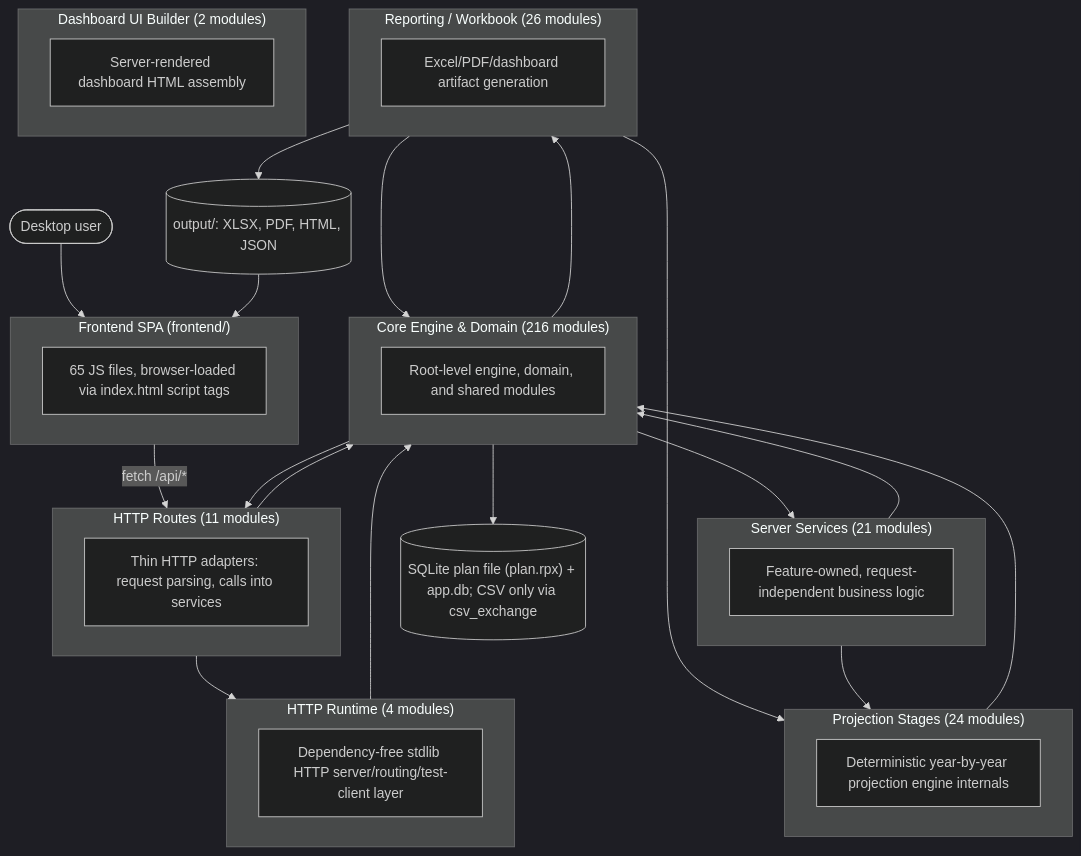
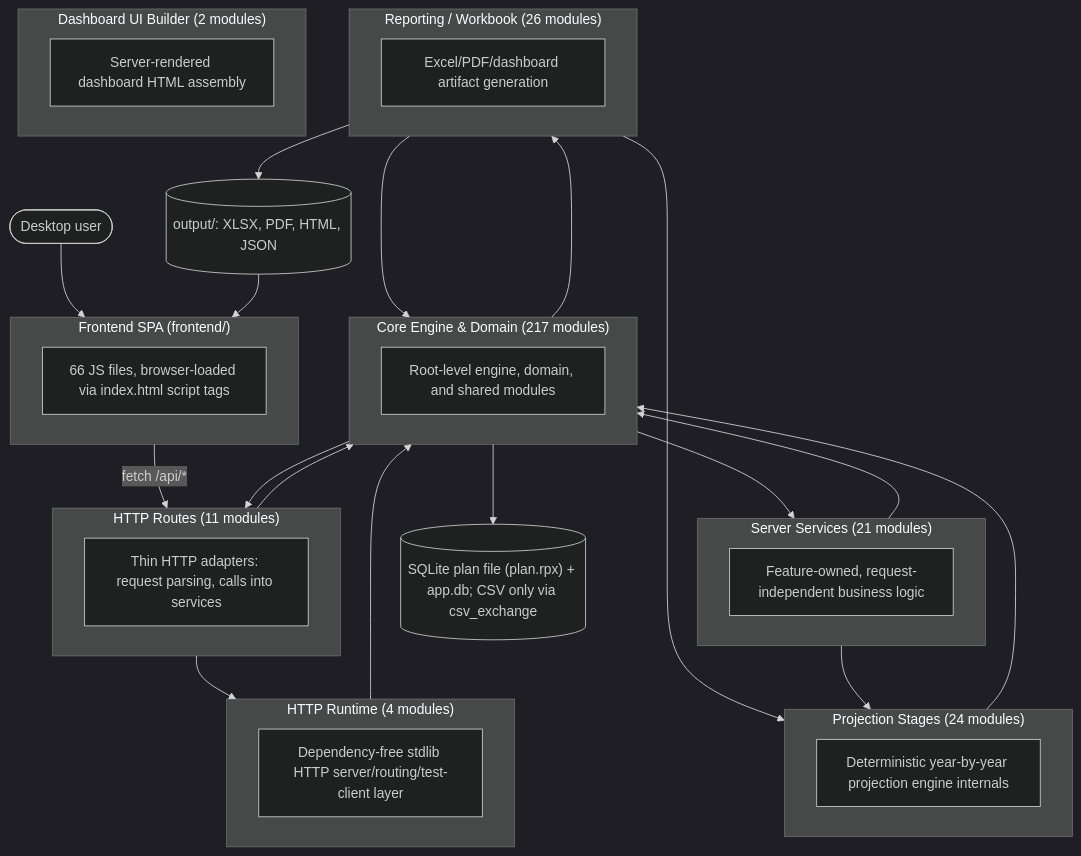
Before and after one commit to matthartzman/retirement_system: the first of 2 diagrams in documentation/reference/SYSTEM_ARCHITECTURE_DIAGRAM.md, drawn with Mermaid (dark theme). The commit also changed other lines of this file and 12 other files, not shown here.

````diff
--- a/documentation/reference/SYSTEM_ARCHITECTURE_DIAGRAM.md
+++ b/documentation/reference/SYSTEM_ARCHITECTURE_DIAGRAM.md
@@ -11,43 +11,43 @@
 ```mermaid
 flowchart TB
     User(["Desktop user"]) --> FE
     subgraph FE["Frontend SPA (frontend/)"]
-        FEcount["65 JS files, browser-loaded via index.html script tags"]
+        FEcount["66 JS files, browser-loaded via index.html script tags"]
     end
     FE -->|fetch /api/*| L_HTTP_Routes
     subgraph L_HTTP_Routes["HTTP Routes (11 modules)"]
         L_HTTP_Routes_d["Thin HTTP adapters: request parsing, calls into services"]
     end
     subgraph L_Server_Services["Server Services (21 modules)"]
         L_Server_Services_d["Feature-owned, request-independent business logic"]
     end
     subgraph L_HTTP_Runtime["HTTP Runtime (4 modules)"]
         L_HTTP_Runtime_d["Dependency-free stdlib HTTP server/routing/test-client layer"]
     end
-    subgraph L_Core_Engine___Domain["Core Engine & Domain (216 modules)"]
+    subgraph L_Core_Engine___Domain["Core Engine & Domain (217 modules)"]
         L_Core_Engine___Domain_d["Root-level engine, domain, and shared modules"]
     end
     subgraph L_Projection_Stages["Projection Stages (24 modules)"]
         L_Projection_Stages_d["Deterministic year-by-year projection engine internals"]
     end
     subgraph L_Reporting___Workbook["Reporting / Workbook (26 modules)"]
         L_Reporting___Workbook_d["Excel/PDF/dashboard artifact generation"]
     end
     subgraph L_Dashboard_UI_Builder["Dashboard UI Builder (2 modules)"]
         L_Dashboard_UI_Builder_d["Server-rendered dashboard HTML assembly"]
     end
     L_Core_Engine___Domain --> L_HTTP_Routes
     L_Core_Engine___Domain --> L_Reporting___Workbook
     L_Core_Engine___Domain --> L_Server_Services
     L_HTTP_Routes --> L_Core_Engine___Domain
     L_HTTP_Routes --> L_HTTP_Runtime
     L_HTTP_Runtime --> L_Core_Engine___Domain
     L_Projection_Stages --> L_Core_Engine___Domain
     L_Reporting___Workbook --> L_Core_Engine___Domain
     L_Reporting___Workbook --> L_Projection_Stages
     L_Server_Services --> L_Core_Engine___Domain
     L_Server_Services --> L_Projection_Stages
     L_Core_Engine___Domain --> DB[("SQLite plan file (plan.rpx) + app.db; CSV only via csv_exchange")]
     L_Reporting___Workbook --> Outputs[("output/: XLSX, PDF, HTML, JSON")]
     Outputs --> FE
 ```
````
